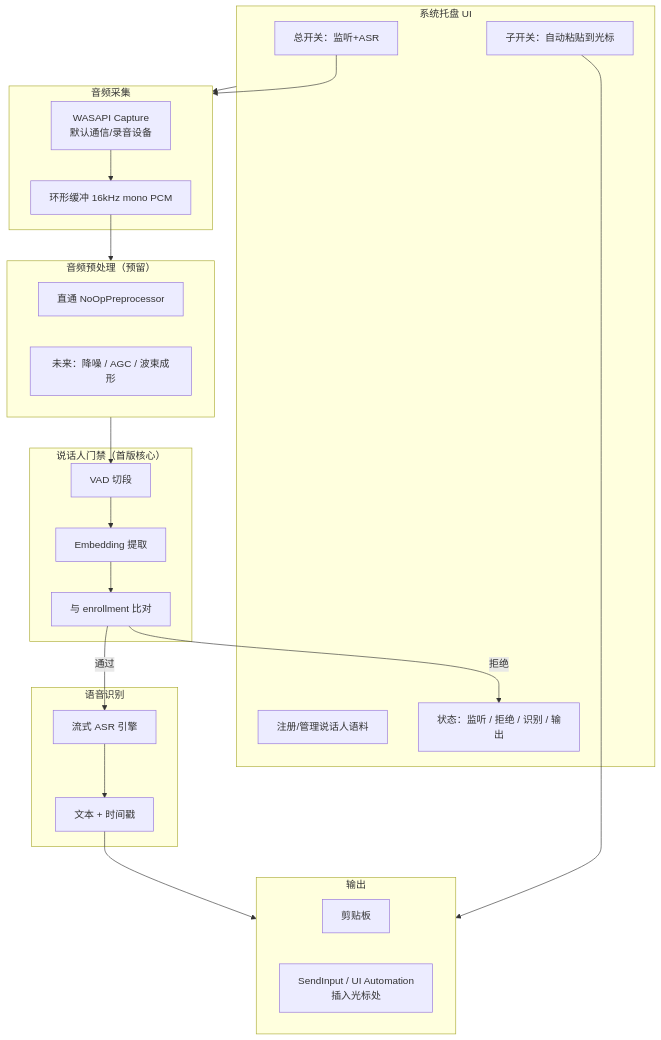
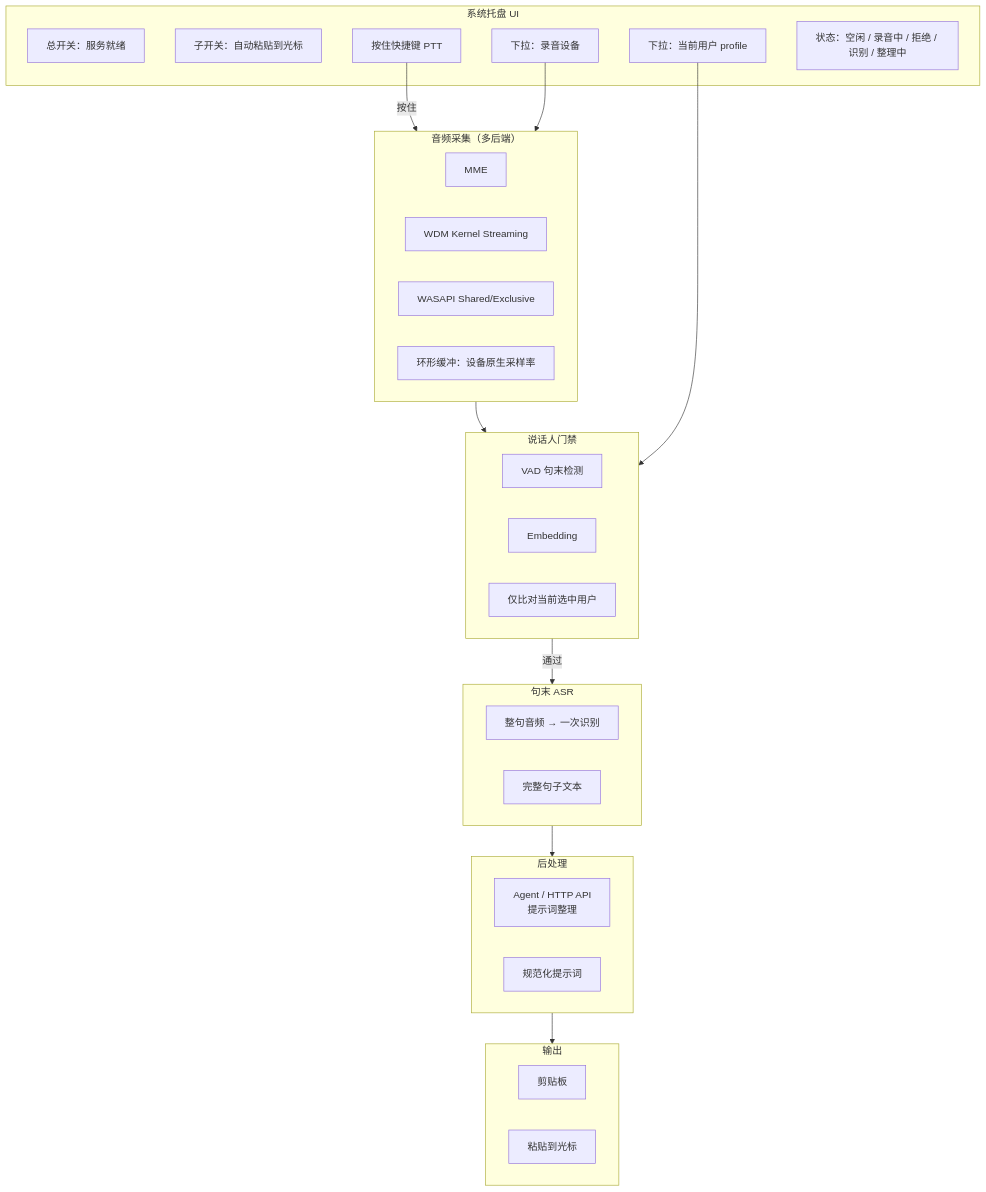
The diagram in README.md (wangyuanzhong/array-mic-refreshment), drawn with Mermaid before and after one commit. The commit also changed other lines of this file, not shown here.

Commit message:
docs: align README with PTT, single-user dropdown, utterance ASR, devices, privacy

````diff
--- a/README.md
+++ b/README.md
@@ -21,44 +66,46 @@
 ```mermaid
 flowchart TB
     subgraph Tray["系统托盘 UI"]
-        SW1["总开关：监听+ASR"]
+        SW1["总开关：服务就绪"]
         SW2["子开关：自动粘贴到光标"]
-        ENR["注册/管理说话人语料"]
-        ST["状态：监听 / 拒绝 / 识别 / 输出"]
+        USER["下拉：当前用户 profile"]
+        DEV["下拉：录音设备"]
+        HOTKEY["按住快捷键 PTT"]
+        ST["状态：空闲 / 录音中 / 拒绝 / 识别 / 整理中"]
     end
 
-    subgraph Capture["音频采集"]
-        WASAPI["WASAPI Capture<br/>默认通信/录音设备"]
-        RING["环形缓冲 16kHz mono PCM"]
+    subgraph Capture["音频采集（多后端）"]
+        MME["MME"]
+        WDM["WDM Kernel Streaming"]
+        WASAPI["WASAPI Shared/Exclusive"]
+        RING["环形缓冲：设备原生采样率"]
     end
 
-    subgraph Gate["说话人门禁（首版核心）"]
-        VAD["VAD 切段"]
-        EMB["Embedding 提取"]
-        CMP["与 enrollment 比对"]
+    subgraph Gate["说话人门禁"]
+        VAD["VAD 句末检测"]
+        EMB["Embedding"]
+        CMP["仅比对当前选中用户"]
     end
 
-    subgraph ASR["语音识别"]
-        STREAM["流式 ASR 引擎"]
-        TEXT["文本 + 时间戳"]
+    subgraph ASR["句末 ASR"]
+        SEG["整句音频 → 一次识别"]
+        TEXT["完整句子文本"]
     end
 
-    subgraph Pre["音频预处理（预留）"]
-        PASS["直通 NoOpPreprocessor"]
-        FUT["未来：降噪 / AGC / 波束成形"]
+    subgraph Post["后处理"]
+        API["Agent / HTTP API<br/>提示词整理"]
+        OUTTEXT["规范化提示词"]
     end
 
     subgraph Out["输出"]
         CB["剪贴板"]
-        INJ["SendInput / UI Automation<br/>插入光标处"]
+        INJ["粘贴到光标"]
     end
 
-    Tray --> Capture
-    WASAPI --> RING --> Pre
-    Pre --> VAD --> EMB --> CMP
-    CMP -->|通过| STREAM --> TEXT
-    CMP -->|拒绝| ST
-    TEXT --> Out
-    SW1 --> Capture
-    SW2 --> Out
+    HOTKEY -->|按住| Capture
+    Capture --> Gate
+    Gate -->|通过| ASR
+    ASR --> Post --> Out
+    USER --> Gate
+    DEV --> Capture
 ```
````
